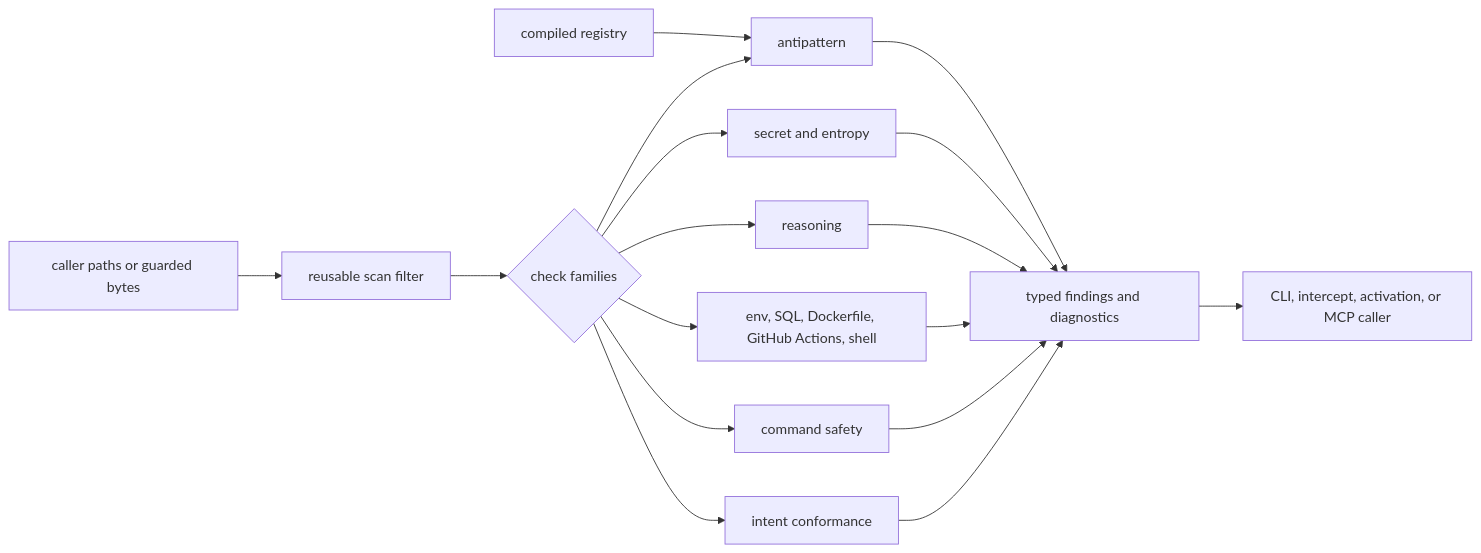
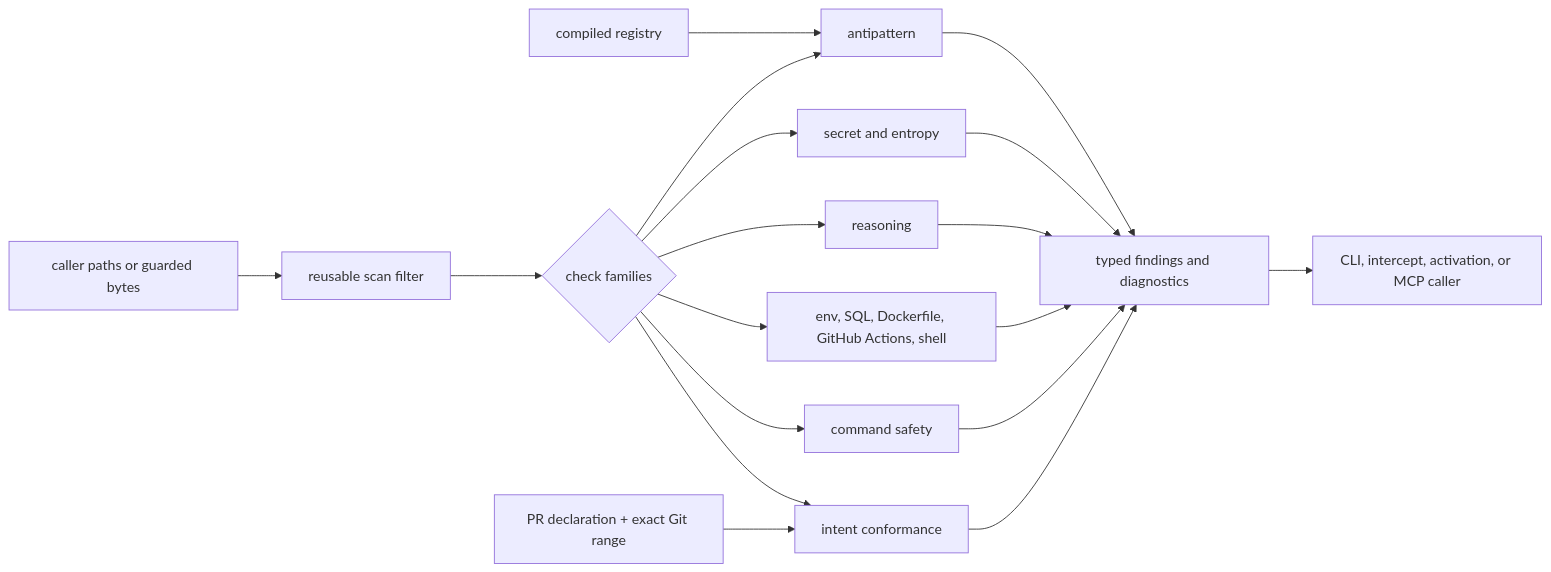
The diagram in crates/anvil-checks/ARCHITECTURE.md (eddacraft/eddacraft-tui), drawn with Mermaid before and after one commit. The commit also changed other lines of this file and 9 other files, not shown here.

First line of the commit message:
feat(conformance): register external declaration surface

````diff
--- a/crates/anvil-checks/ARCHITECTURE.md
+++ b/crates/anvil-checks/ARCHITECTURE.md
@@ -35,19 +35,20 @@
 ```mermaid
 flowchart LR
     Input[caller paths or guarded bytes] --> Filter[reusable scan filter]
     Filter --> Families{check families}
     Registry[compiled registry] --> Anti[antipattern]
     Families --> Anti
     Families --> Secret[secret and entropy]
     Families --> Reason[reasoning]
     Families --> Surface[env, SQL, Dockerfile, GitHub Actions, shell]
     Families --> Command[command safety]
     Families --> Conformance[intent conformance]
+    PR[PR declaration + exact Git range] --> Conformance
     Anti --> Results[typed findings and diagnostics]
     Secret --> Results
     Reason --> Results
     Surface --> Results
     Command --> Results
     Conformance --> Results
     Results --> Caller[CLI, intercept, activation, or MCP caller]
 ```
````
